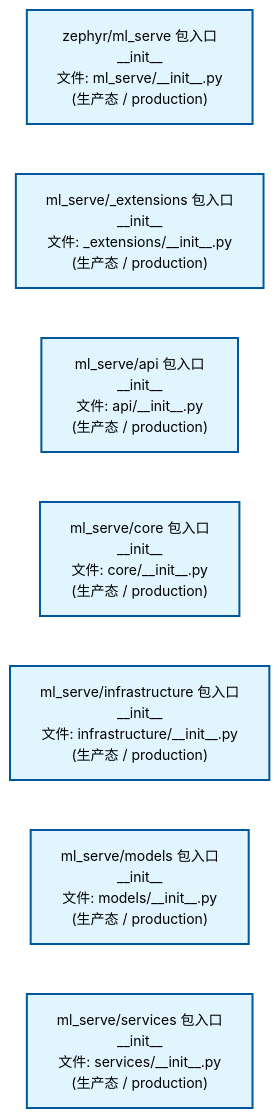
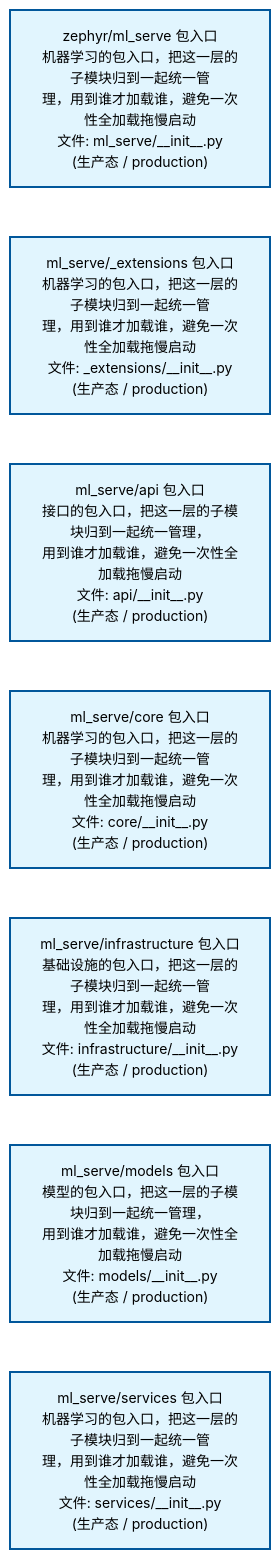
One commit to xuanFelixVan/ZephyrAlpha changed the second of 2 diagrams in docs/02_enterprise_architecture/02_domain_architecture_docs/60_d_ml_serve.md. Above: the diagram before and after it, drawn with Mermaid. The commit also changed other lines of this file and 63 other files, not shown here.

````diff
--- a/docs/02_enterprise_architecture/02_domain_architecture_docs/60_d_ml_serve.md
+++ b/docs/02_enterprise_architecture/02_domain_architecture_docs/60_d_ml_serve.md
@@ -80,22 +80,22 @@
 ```mermaid
 %%{init: {'theme': 'base', 'themeVariables': {'primaryColor': '#eaeaea', 'primaryTextColor': '#333333', 'primaryBorderColor': '#666666', 'lineColor': '#666666', 'secondaryColor': '#eaeaea', 'tertiaryColor': '#eaeaea', 'fontSize': '14px'}}}%%
 flowchart TD
-    src_zephyr_ml_serve_init_py["zephyr/ml_serve 包入口<br/>__init__<br/>文件: ml_serve/__init__.py<br/>(生产态 / production)"]
-    src_zephyr_ml_serve_extensions_init_py["ml_serve/_extensions 包入口<br/>__init__<br/>文件: _extensions/__init__.py<br/>(生产态 / production)"]
-    src_zephyr_ml_serve_api_init_py["ml_serve/api 包入口<br/>__init__<br/>文件: api/__init__.py<br/>(生产态 / production)"]
-    src_zephyr_ml_serve_core_init_py["ml_serve/core 包入口<br/>__init__<br/>文件: core/__init__.py<br/>(生产态 / production)"]
-    src_zephyr_ml_serve_infrastructure_init_py["ml_serve/infrastructure 包入口<br/>__init__<br/>文件: infrastructure/__init__.py<br/>(生产态 / production)"]
-    src_zephyr_ml_serve_models_init_py["ml_serve/models 包入口<br/>__init__<br/>文件: models/__init__.py<br/>(生产态 / production)"]
-    src_zephyr_ml_serve_services_init_py["ml_serve/services 包入口<br/>__init__<br/>文件: services/__init__.py<br/>(生产态 / production)"]
+    src_zephyr_ml_serve_init_py["zephyr/ml_serve 包入口<br/>机器学习的包入口，把这一层的子模块归到一起统一管<br/>理，用到谁才加载谁，避免一次性全加载拖慢启动<br/>文件: ml_serve/__init__.py<br/>(生产态 / production)"]
+    src_zephyr_ml_serve_extensions_init_py["ml_serve/_extensions 包入口<br/>机器学习的包入口，把这一层的子模块归到一起统一管<br/>理，用到谁才加载谁，避免一次性全加载拖慢启动<br/>文件: _extensions/__init__.py<br/>(生产态 / production)"]
+    src_zephyr_ml_serve_api_init_py["ml_serve/api 包入口<br/>接口的包入口，把这一层的子模块归到一起统一管理，<br/>用到谁才加载谁，避免一次性全加载拖慢启动<br/>文件: api/__init__.py<br/>(生产态 / production)"]
+    src_zephyr_ml_serve_core_init_py["ml_serve/core 包入口<br/>机器学习的包入口，把这一层的子模块归到一起统一管<br/>理，用到谁才加载谁，避免一次性全加载拖慢启动<br/>文件: core/__init__.py<br/>(生产态 / production)"]
+    src_zephyr_ml_serve_infrastructure_init_py["ml_serve/infrastructure 包入口<br/>基础设施的包入口，把这一层的子模块归到一起统一管<br/>理，用到谁才加载谁，避免一次性全加载拖慢启动<br/>文件: infrastructure/__init__.py<br/>(生产态 / production)"]
+    src_zephyr_ml_serve_models_init_py["ml_serve/models 包入口<br/>模型的包入口，把这一层的子模块归到一起统一管理，<br/>用到谁才加载谁，避免一次性全加载拖慢启动<br/>文件: models/__init__.py<br/>(生产态 / production)"]
+    src_zephyr_ml_serve_services_init_py["ml_serve/services 包入口<br/>机器学习的包入口，把这一层的子模块归到一起统一管<br/>理，用到谁才加载谁，避免一次性全加载拖慢启动<br/>文件: services/__init__.py<br/>(生产态 / production)"]
     src_zephyr_ml_serve_init_py ~~~ src_zephyr_ml_serve_extensions_init_py
     src_zephyr_ml_serve_extensions_init_py ~~~ src_zephyr_ml_serve_api_init_py
     src_zephyr_ml_serve_api_init_py ~~~ src_zephyr_ml_serve_core_init_py
     src_zephyr_ml_serve_core_init_py ~~~ src_zephyr_ml_serve_infrastructure_init_py
     src_zephyr_ml_serve_infrastructure_init_py ~~~ src_zephyr_ml_serve_models_init_py
     src_zephyr_ml_serve_models_init_py ~~~ src_zephyr_ml_serve_services_init_py
     classDef production fill:#e1f5fe,stroke:#01579b,stroke-width:2px,color:#000
     classDef design fill:#fff3e0,stroke:#e65100,stroke-width:2px,color:#000,stroke-dasharray: 5 5
     classDef external_prod fill:#e8f4fd,stroke:#0277bd,stroke-width:1px,color:#000
     classDef external_design fill:#fff8e7,stroke:#ef6c00,stroke-width:1px,color:#000,stroke-dasharray: 5 5
     class src_zephyr_ml_serve_init_py,src_zephyr_ml_serve_extensions_init_py,src_zephyr_ml_serve_api_init_py,src_zephyr_ml_serve_core_init_py,src_zephyr_ml_serve_infrastructure_init_py,src_zephyr_ml_serve_models_init_py,src_zephyr_ml_serve_services_init_py production
 ```
````
